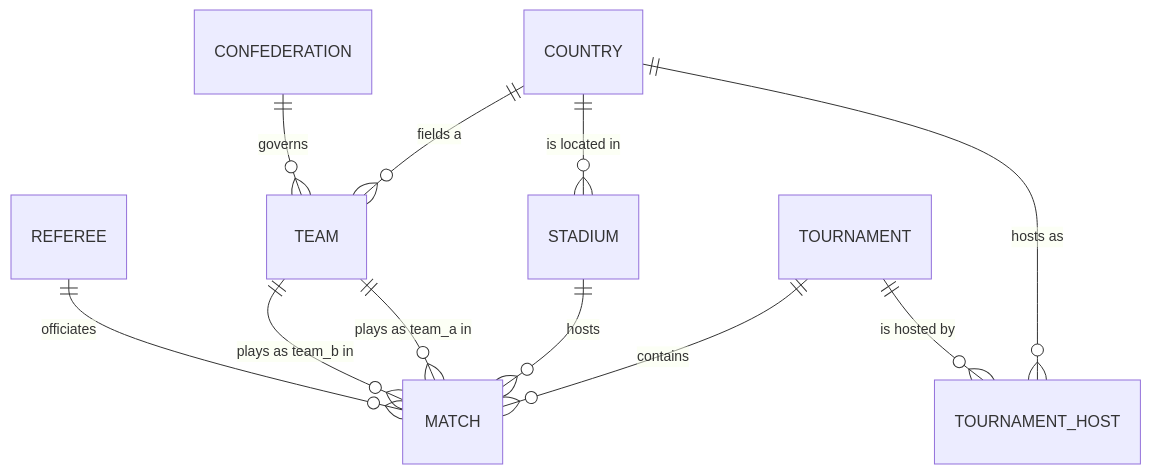
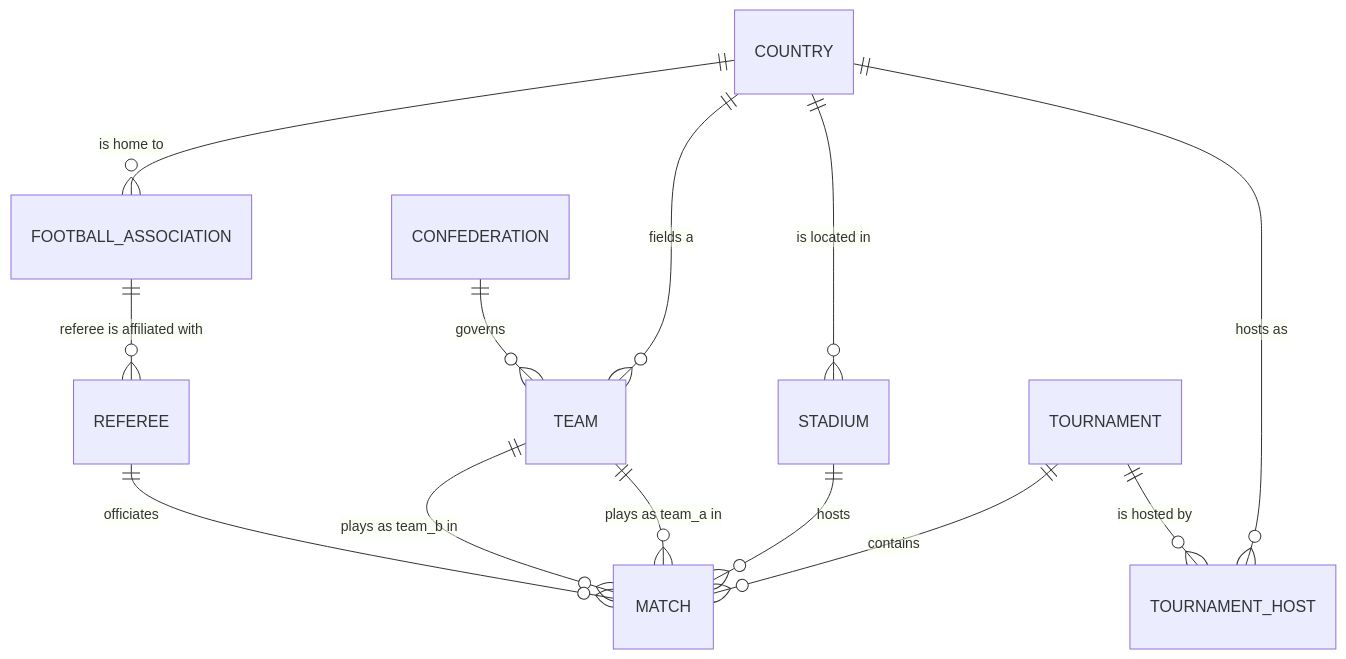
One commit to pawelMSoftware/world-cup-data changed the diagram in README.md. Above: the diagram before and after it, drawn with Mermaid. The commit also changed other lines of this file and 11 other files, not shown here.

Commit message:
Add football_associations dataset and normalize referees.json's association field

````diff
--- a/README.md
+++ b/README.md
@@ -108,13 +109,15 @@
 ```mermaid
 erDiagram
     COUNTRY ||--o{ TEAM : "fields a"
     COUNTRY ||--o{ STADIUM : "is located in"
     COUNTRY ||--o{ TOURNAMENT_HOST : "hosts as"
+    COUNTRY ||--o{ FOOTBALL_ASSOCIATION : "is home to"
     CONFEDERATION ||--o{ TEAM : "governs"
     TOURNAMENT ||--o{ TOURNAMENT_HOST : "is hosted by"
     TOURNAMENT ||--o{ MATCH : "contains"
     STADIUM ||--o{ MATCH : "hosts"
     TEAM ||--o{ MATCH : "plays as team_a in"
     TEAM ||--o{ MATCH : "plays as team_b in"
+    FOOTBALL_ASSOCIATION ||--o{ REFEREE : "referee is affiliated with"
     REFEREE ||--o{ MATCH : "officiates"
 ```
````
